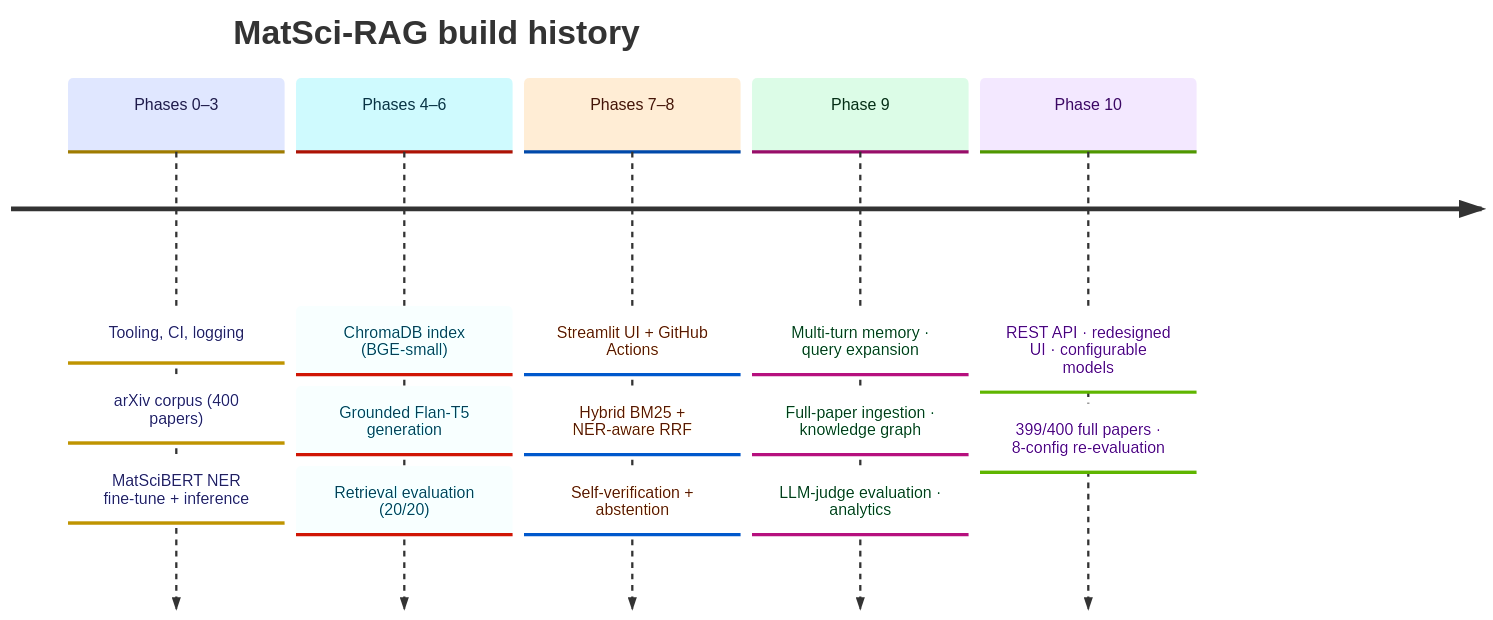
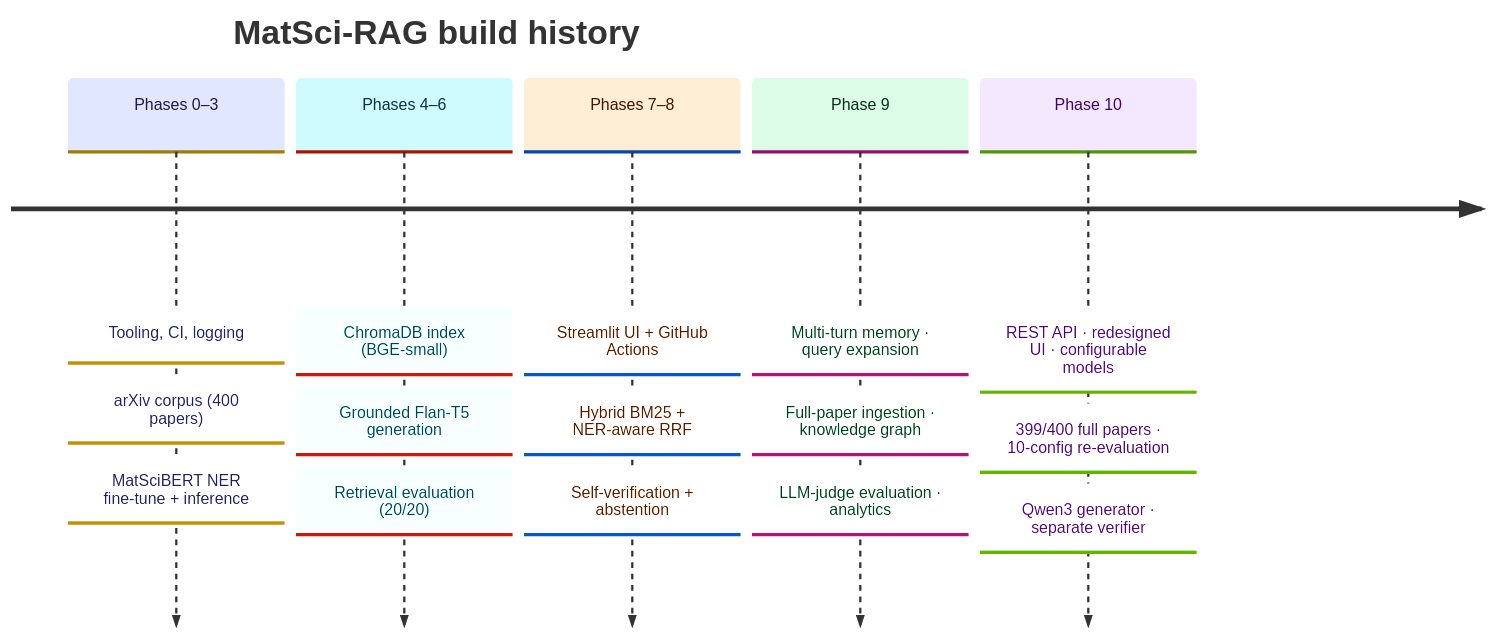
Before and after one commit to Mahakisore7/MatSci-RAG: the sixth of 6 diagrams in README.md, drawn with Mermaid. The commit also changed other lines of this file and 18 other files, not shown here.

````diff
--- a/README.md
+++ b/README.md
@@ -460,19 +474,20 @@
 ```mermaid
 %%{init: {"theme": "base", "themeVariables": {"fontSize": "14px", "cScale0": "#e0e7ff", "cScaleLabel0": "#1e1b4b", "cScale1": "#cffafe", "cScaleLabel1": "#083344", "cScale2": "#ffedd5", "cScaleLabel2": "#431407", "cScale3": "#dcfce7", "cScaleLabel3": "#052e16", "cScale4": "#f3e8ff", "cScaleLabel4": "#3b0764"}}}%%
 timeline
     title MatSci-RAG build history
     Phases 0–3 : Tooling, CI, logging
                : arXiv corpus (400 papers)
                : MatSciBERT NER fine-tune + inference
     Phases 4–6 : ChromaDB index (BGE-small)
                : Grounded Flan-T5 generation
                : Retrieval evaluation (20/20)
     Phases 7–8 : Streamlit UI + GitHub Actions
                : Hybrid BM25 + NER-aware RRF
                : Self-verification + abstention
     Phase 9    : Multi-turn memory · query expansion
                : Full-paper ingestion · knowledge graph
                : LLM-judge evaluation · analytics
     Phase 10   : REST API · redesigned UI · configurable models
-               : 399/400 full papers · 8-config re-evaluation
+               : 399/400 full papers · 10-config re-evaluation
+               : Qwen3 generator · separate verifier
 ```
````
